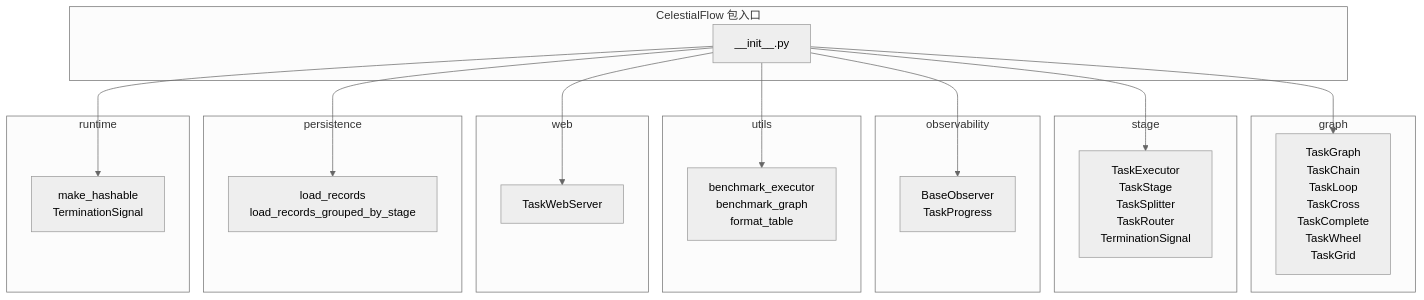
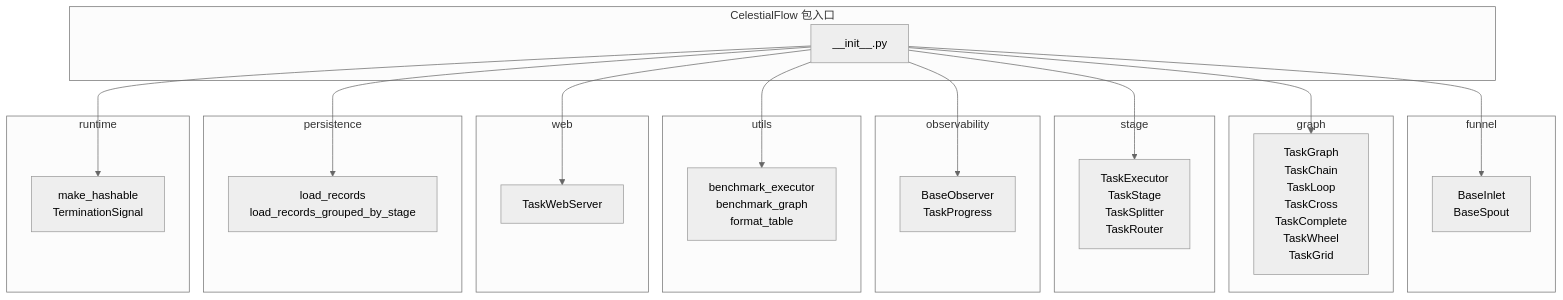
The diagram in docs/zh-CN/src/__init__.md (Mr-xiaotian/CelestialFlow), drawn with Mermaid (neutral theme) before and after one commit. The commit also changed other lines of this file and 67 other files, not shown here.

````diff
--- a/docs/zh-CN/src/__init__.md
+++ b/docs/zh-CN/src/__init__.md
@@ -202,42 +214,47 @@
 ```mermaid
 graph TD
     subgraph "CelestialFlow 包入口"
         Init["__init__.py"]
+    end
+
+    subgraph funnel
+        F["BaseInlet<br/>BaseSpout"]
     end
 
     subgraph graph
         G["TaskGraph<br/>TaskChain<br/>TaskLoop<br/>TaskCross<br/>TaskComplete<br/>TaskWheel<br/>TaskGrid"]
     end
 
     subgraph stage
-        S["TaskExecutor<br/>TaskStage<br/>TaskSplitter<br/>TaskRouter<br/>TerminationSignal"]
+        S["TaskExecutor<br/>TaskStage<br/>TaskSplitter<br/>TaskRouter"]
     end
 
     subgraph observability
         O["BaseObserver<br/>TaskProgress"]
     end
 
     subgraph utils
         U["benchmark_executor<br/>benchmark_graph<br/>format_table"]
     end
 
     subgraph web
         W["TaskWebServer"]
     end
 
     subgraph persistence
         P["load_records<br/>load_records_grouped_by_stage"]
     end
 
     subgraph runtime
         R["make_hashable<br/>TerminationSignal"]
     end
 
+    Init --> F
     Init --> G
     Init --> S
     Init --> O
     Init --> U
     Init --> W
     Init --> P
     Init --> R
 ```
````
